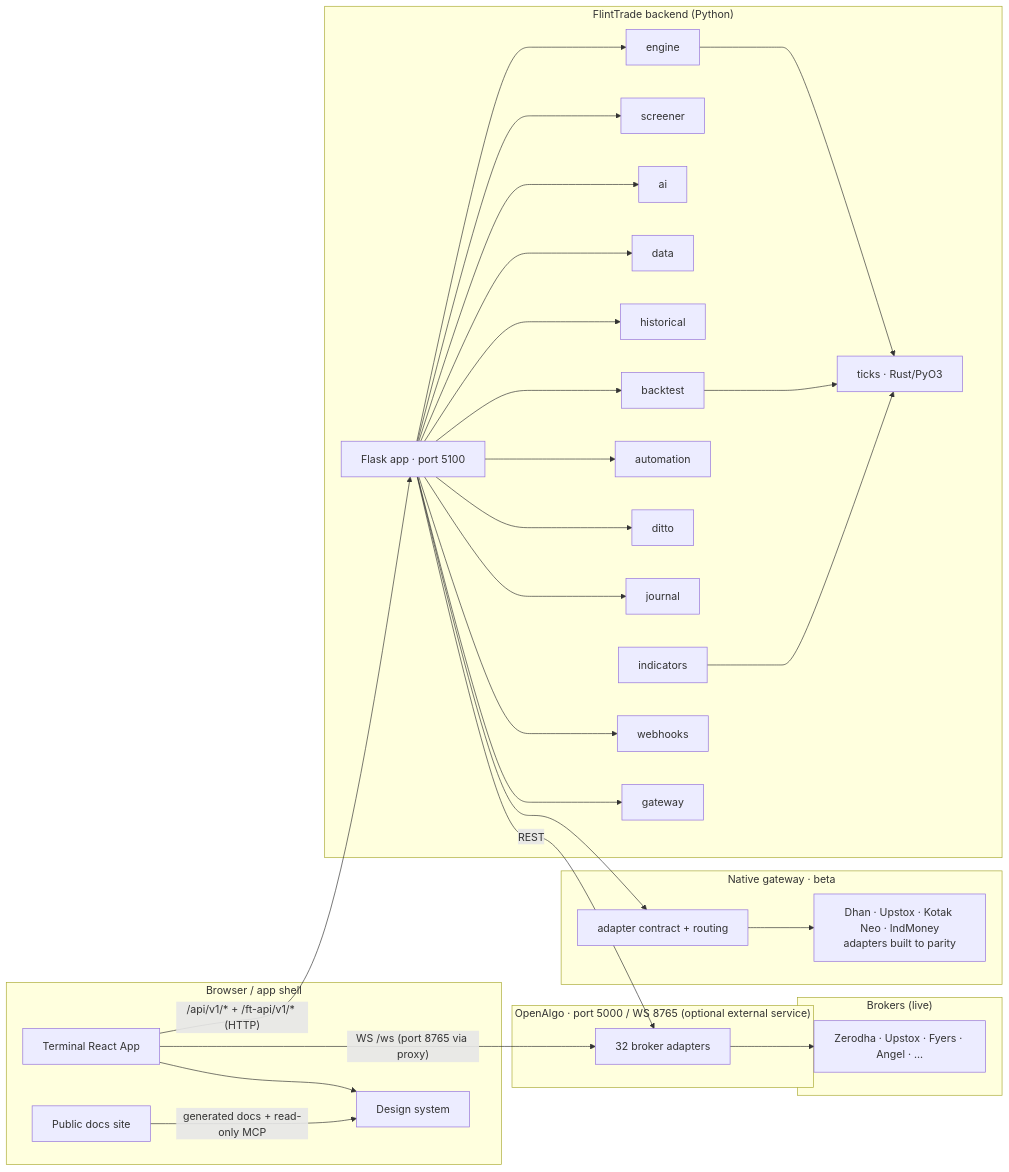
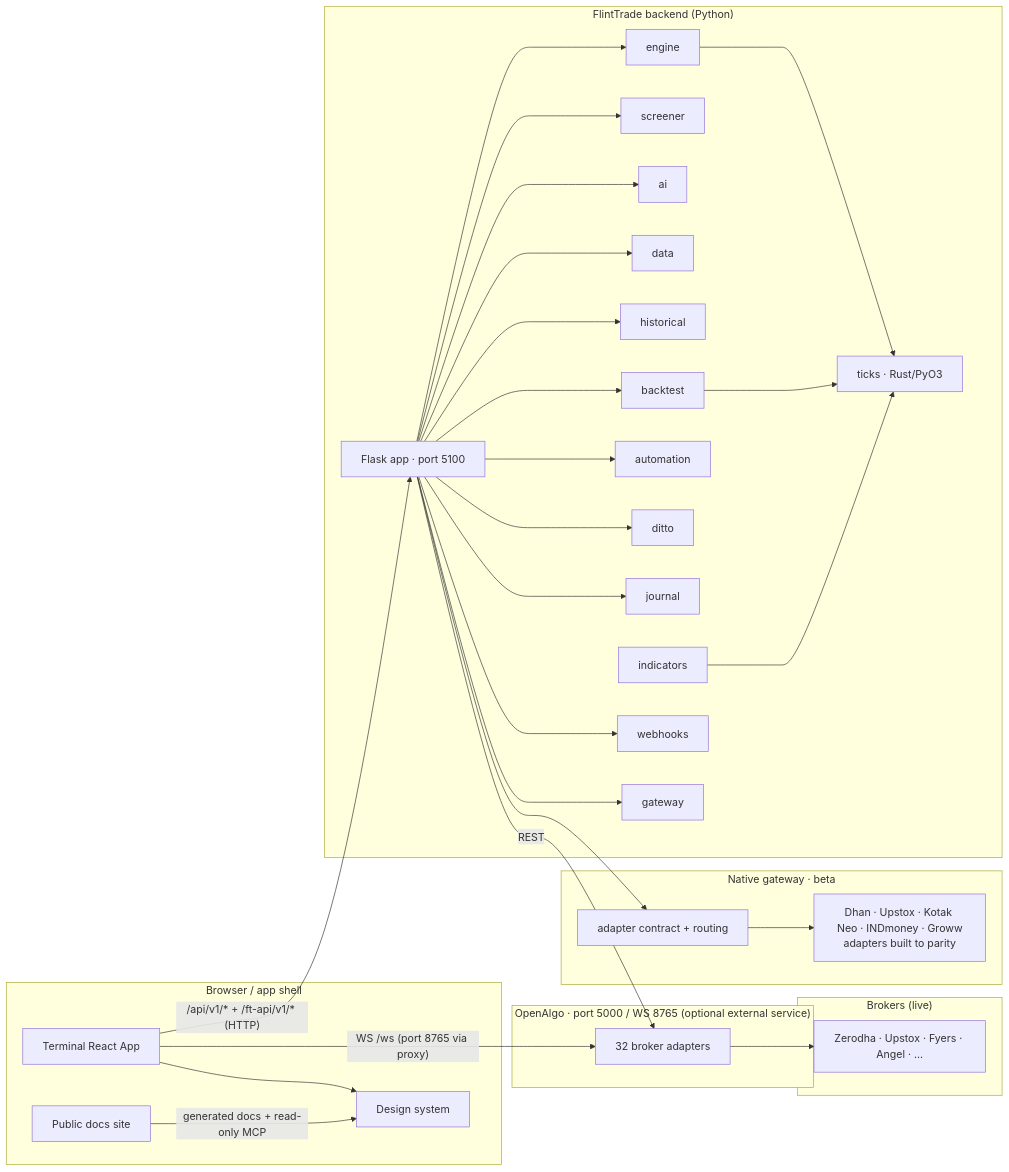
The first of 5 diagrams in docs/ARCHITECTURE.md (navaneeshnagarajan/FlintTrade), drawn with Mermaid before and after one commit. The commit also changed 6 other files, not shown here.

````diff
--- a/docs/ARCHITECTURE.md
+++ b/docs/ARCHITECTURE.md
@@ -17,61 +17,61 @@
 ```mermaid
 flowchart LR
     subgraph Browser["Browser / app shell"]
         T[Terminal React App]
         SITE[Public docs site]
         DS[Design system]
     end
 
     subgraph Backend["FlintTrade backend (Python)"]
         F[Flask app · port 5100]
         E[engine]
         S[screener]
         AI[ai]
         D[data]
         H[historical]
         BT[backtest]
         AUT[automation]
         DIT[ditto]
         JNL[journal]
         IND[indicators]
         ING[webhooks]
         GW[gateway]
         TICK[ticks · Rust/PyO3]
     end
 
     subgraph NativeGateway["Native gateway · beta"]
         NGA[adapter contract + routing]
-        DHAN[Dhan · Upstox · Kotak Neo · IndMoney<br/>adapters built to parity]
+        DHAN[Dhan · Upstox · Kotak Neo · INDmoney · Groww<br/>adapters built to parity]
     end
 
     subgraph OpenAlgo["OpenAlgo · port 5000 / WS 8765 (optional external service)"]
         OA[32 broker adapters]
     end
 
     subgraph Brokers["Brokers (live)"]
         B1[Zerodha · Upstox · Fyers · Angel · ...]
     end
 
     T -- "/api/v1/* + /ft-api/v1/* (HTTP)" --> F
     T -- "WS /ws (port 8765 via proxy)" --> OA
     SITE -- "generated docs + read-only MCP" --> DS
     T --> DS
     F --> E
     F --> S
     F --> AI
     F --> D
     F --> H
     F --> BT
     F --> AUT
     F --> DIT
     F --> JNL
     F --> ING
     F --> GW
     E --> TICK
     BT --> TICK
     IND --> TICK
     F --> NGA
     NGA --> DHAN
     F -- "REST" --> OA
     OA --> B1
 ```
````
